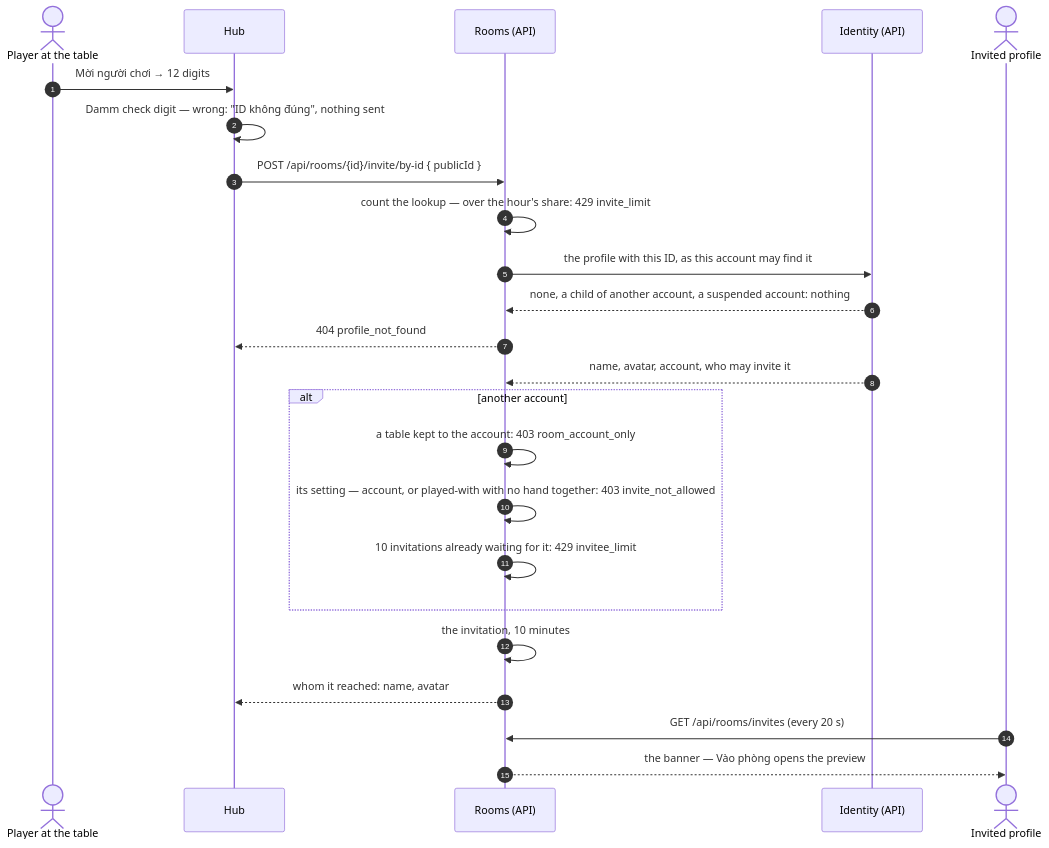
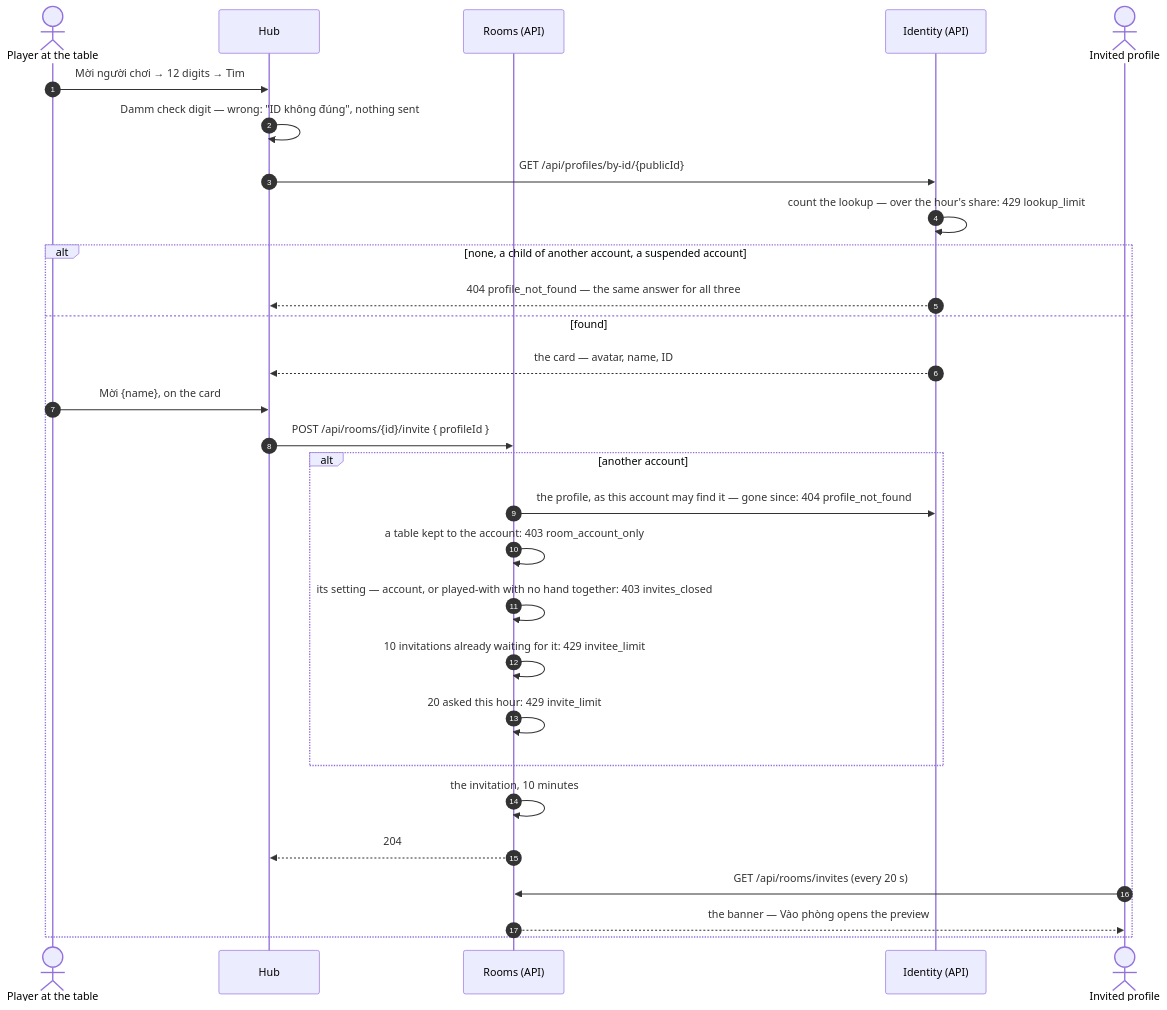
Before and after one commit to vinh466/tohe-play: the third of 3 diagrams in docs/architecture/rooms.md, drawn with Mermaid. The commit also changed other lines of this file and 2 other files, not shown here.

Commit message:
docs: ADR 0033 — find, confirm, ask; the sequence and the API as built

````diff
--- a/docs/architecture/rooms.md
+++ b/docs/architecture/rooms.md
@@ -205,26 +207,31 @@
 ```mermaid
 sequenceDiagram
   autonumber
   actor A as Player at the table
   participant H as Hub
   participant R as Rooms (API)
   participant I as Identity (API)
   actor B as Invited profile
-  A->>H: Mời người chơi → 12 digits
+  A->>H: Mời người chơi → 12 digits → Tìm
   H->>H: Damm check digit — wrong: "ID không đúng", nothing sent
-  H->>R: POST /api/rooms/{id}/invite/by-id { publicId }
-  R->>R: count the lookup — over the hour's share: 429 invite_limit
-  R->>I: the profile with this ID, as this account may find it
-  I-->>R: none, a child of another account, a suspended account: nothing
-  R-->>H: 404 profile_not_found
-  I-->>R: name, avatar, account, who may invite it
-  alt another account
-    R->>R: a table kept to the account: 403 room_account_only
-    R->>R: its setting — account, or played-with with no hand together: 403 invite_not_allowed
-    R->>R: 10 invitations already waiting for it: 429 invitee_limit
+  H->>I: GET /api/profiles/by-id/{publicId}
+  I->>I: count the lookup — over the hour's share: 429 lookup_limit
+  alt none, a child of another account, a suspended account
+    I-->>H: 404 profile_not_found — the same answer for all three
+  else found
+    I-->>H: the card — avatar, name, ID
+    A->>H: Mời {name}, on the card
+    H->>R: POST /api/rooms/{id}/invite { profileId }
+    alt another account
+      R->>I: the profile, as this account may find it — gone since: 404 profile_not_found
+      R->>R: a table kept to the account: 403 room_account_only
+      R->>R: its setting — account, or played-with with no hand together: 403 invites_closed
+      R->>R: 10 invitations already waiting for it: 429 invitee_limit
+      R->>R: 20 asked this hour: 429 invite_limit
+    end
+    R->>R: the invitation, 10 minutes
+    R-->>H: 204
+    B->>R: GET /api/rooms/invites (every 20 s)
+    R-->>B: the banner — Vào phòng opens the preview
   end
-  R->>R: the invitation, 10 minutes
-  R-->>H: whom it reached: name, avatar
-  B->>R: GET /api/rooms/invites (every 20 s)
-  R-->>B: the banner — Vào phòng opens the preview
 ```
````
